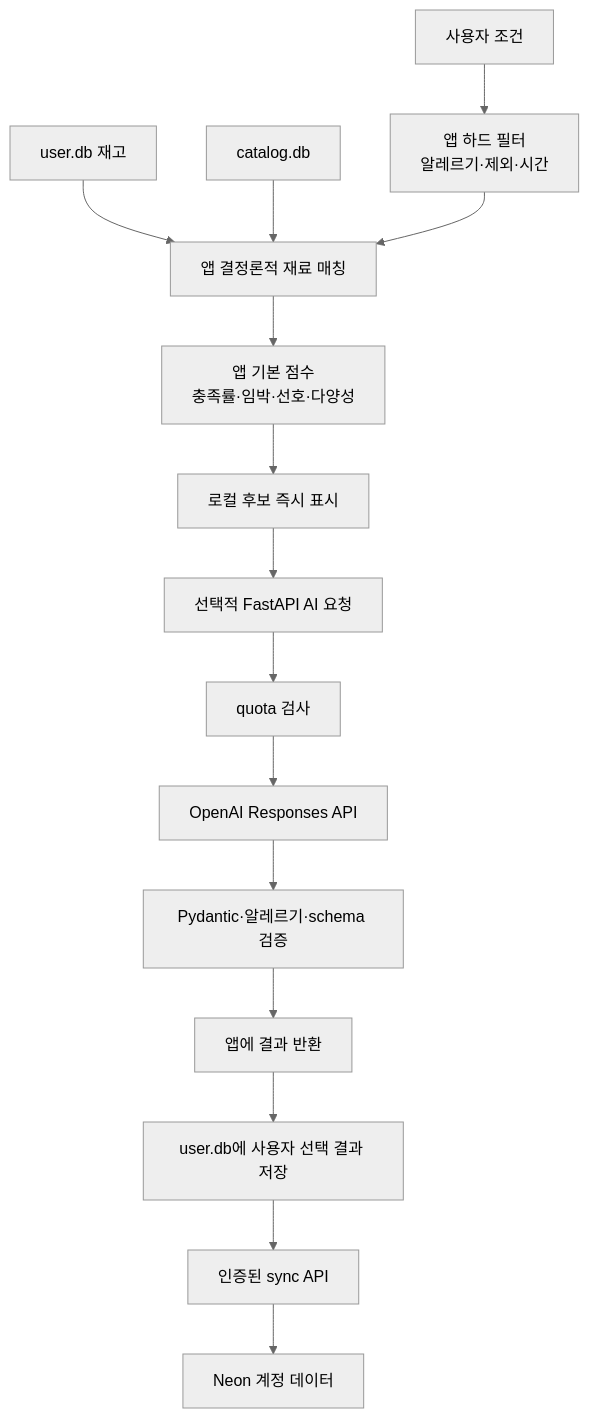
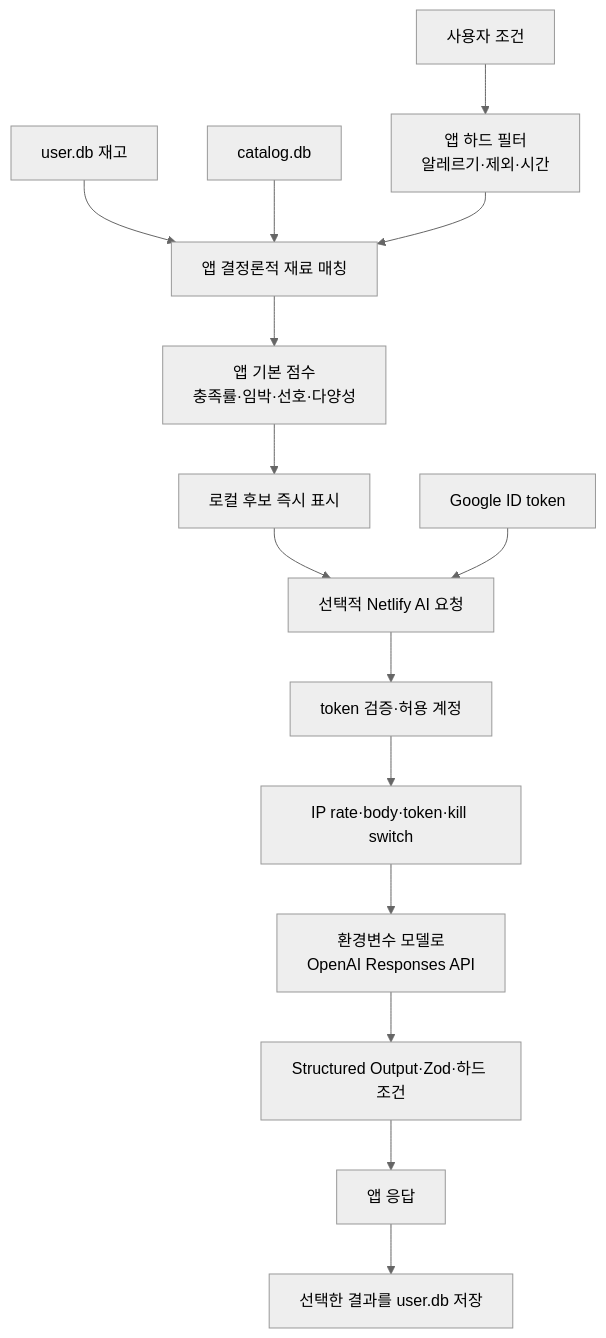
Before and after one commit to blackeichi/fridge-flow: the second of 2 diagrams in docs/TECHNICAL_DESIGN.md, drawn with Mermaid (neutral theme). The commit also changed other lines of this file and 3 other files, not shown here.

Commit message:
docs: switch to local data and Netlify AI gateway

````diff
--- a/docs/TECHNICAL_DESIGN.md
+++ b/docs/TECHNICAL_DESIGN.md
@@ -416,17 +328,17 @@
 ```mermaid
 flowchart TD
-    REQ["사용자 조건"] --> HARD["앱 하드 필터\n알레르기·제외·시간"]
+    CONDITION["사용자 조건"] --> HARD["앱 하드 필터\n알레르기·제외·시간"]
     INV["user.db 재고"] --> MATCH["앱 결정론적 재료 매칭"]
     CAT["catalog.db"] --> MATCH
     HARD --> MATCH
     MATCH --> SCORE["앱 기본 점수\n충족률·임박·선호·다양성"]
     SCORE --> LOCAL["로컬 후보 즉시 표시"]
-    LOCAL --> API["선택적 FastAPI AI 요청"]
-    API --> LIMIT["quota 검사"]
-    LIMIT --> MODEL["OpenAI Responses API"]
-    MODEL --> VALIDATE["Pydantic·알레르기·schema 검증"]
-    VALIDATE --> APP["앱에 결과 반환"]
-    APP --> USERDB["user.db에 사용자 선택 결과 저장"]
-    USERDB --> SYNC["인증된 sync API"]
-    SYNC --> NEON["Neon 계정 데이터"]
+    LOCAL --> FN["선택적 Netlify AI 요청"]
+    TOKEN["Google ID token"] --> FN
+    FN --> AUTH["token 검증·허용 계정"]
+    AUTH --> LIMIT["IP rate·body·token·kill switch"]
+    LIMIT --> MODEL["환경변수 모델로\nOpenAI Responses API"]
+    MODEL --> VALIDATE["Structured Output·Zod·하드 조건"]
+    VALIDATE --> APP["앱 응답"]
+    APP --> USERDB["선택한 결과를 user.db 저장"]
 ```
````
